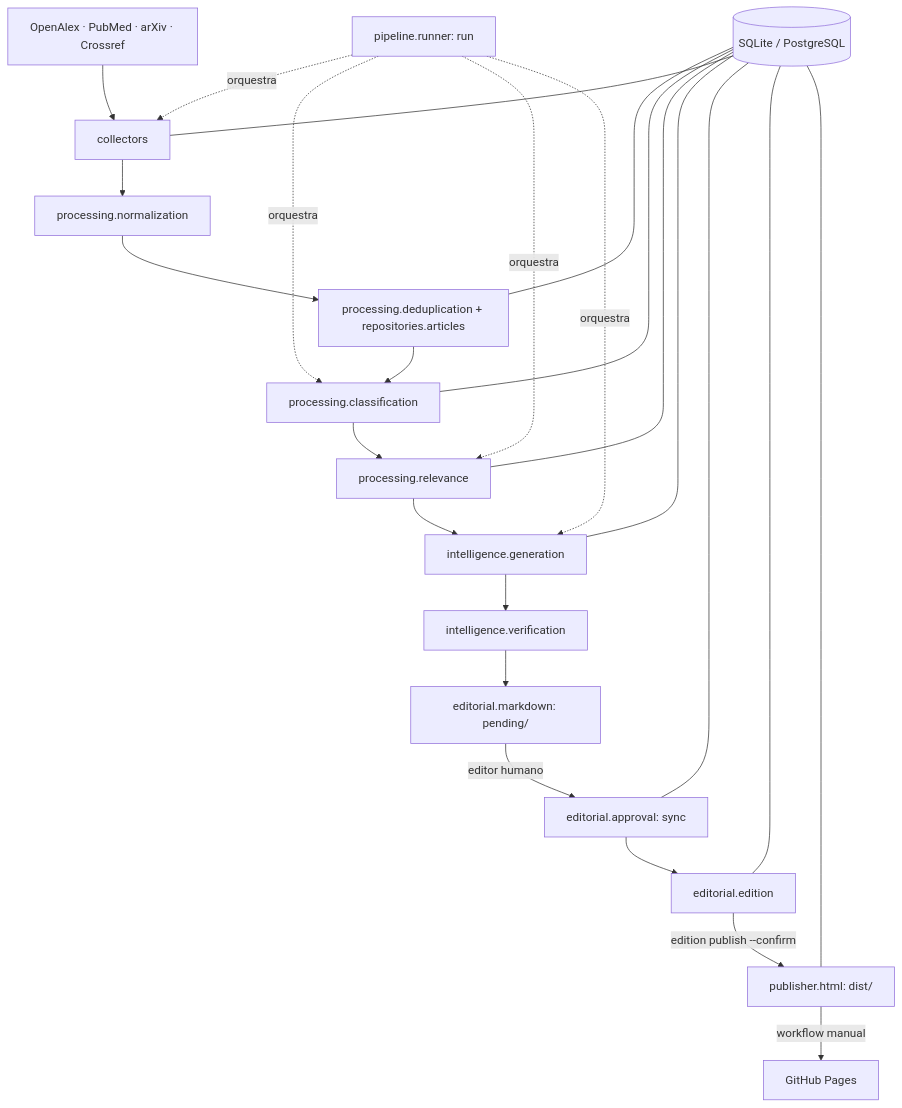
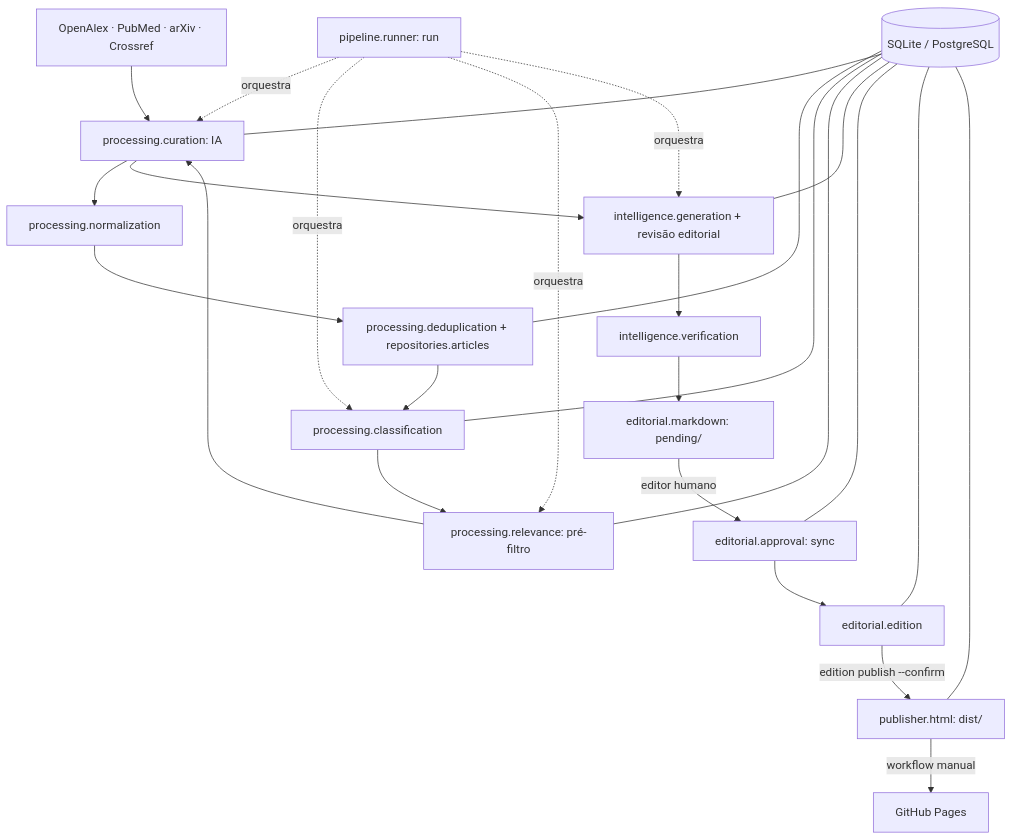
Before and after one commit to GuilhermeCustodioNieto/UFABC-Science: the diagram in docs/ARCHITECTURE.md, drawn with Mermaid. The commit also changed other lines of this file and 45 other files, not shown here.

````diff
--- a/docs/ARCHITECTURE.md
+++ b/docs/ARCHITECTURE.md
@@ -10,17 +10,18 @@
 ```mermaid
 flowchart TD
     S[OpenAlex · PubMed · arXiv · Crossref] --> C[collectors]
     C --> N[processing.normalization]
     N --> D[processing.deduplication + repositories.articles]
     D --> K[processing.classification]
-    K --> R[processing.relevance]
-    R --> G[intelligence.generation]
+    K --> R[processing.relevance: pré-filtro]
+    R --> C[processing.curation: IA]
+    C --> G[intelligence.generation + revisão editorial]
     G --> V[intelligence.verification]
     V --> M[editorial.markdown: pending/]
     M -->|editor humano| A[editorial.approval: sync]
     A --> E[editorial.edition]
     E -->|edition publish --confirm| H[publisher.html: dist/]
     H -->|workflow manual| P[GitHub Pages]
     DB[(SQLite / PostgreSQL)] --- C & D & K & R & G & A & E & H
     PL[pipeline.runner: run] -.orquestra.-> C & K & R & G
 ```
````
